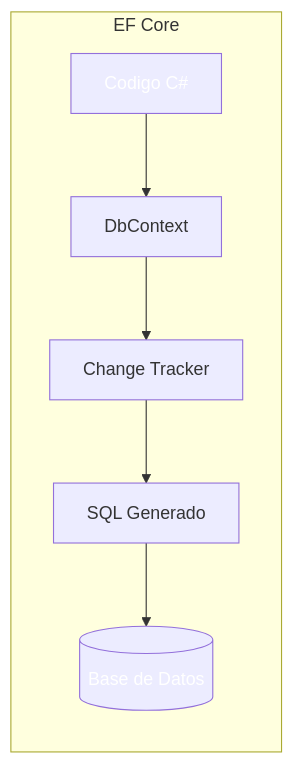
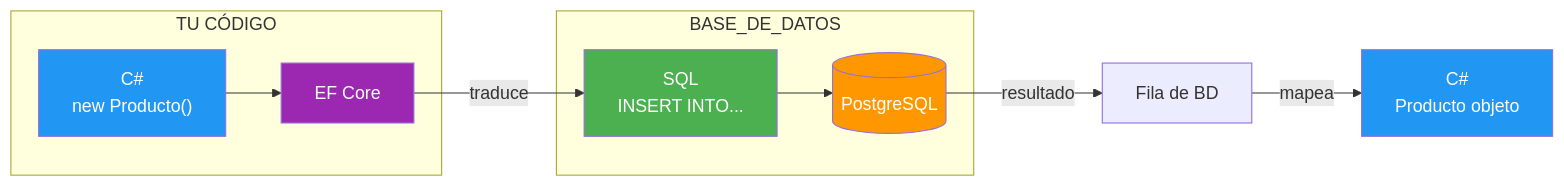
The first of 7 diagrams in 12-entity-framework-core.md (joseluisgs/DesarrolloWebEntornosServidor-02-2026-2027), drawn with Mermaid before and after one commit. The commit also changed other lines of this file, not shown here.

Commit message:
docs: reescribir tema 12 EF Core - TOC correcto, diagrama ORM, explicaciones en cada seccion, async, DA y Fluent separados

````diff
--- a/12-entity-framework-core.md
+++ b/12-entity-framework-core.md
@@ -124,12 +88,18 @@
 ```mermaid
 flowchart LR
-    subgraph ORM["EF Core"]
-        A[Codigo C#] --> B[DbContext]
-        B --> C[Change Tracker]
-        C --> D[SQL Generado]
-        D --> E[(Base de Datos)]
+    subgraph TU CÓDIGO
+        A["C#<br/>new Producto()"] --> B[EF Core]
     end
+    subgraph BASE_DE_DATOS
+        B -->|"traduce"| C["SQL<br/>INSERT INTO..."]
+        C --> D[(PostgreSQL)]
+    end
+    D -->|"resultado"| E["Fila de BD"]
+    E -->|"mapea"| F["C#<br/>Producto objeto"]
 
-    style A fill:#2196F,color:#fff3,color:#fff
-    style E fill:#4CAF5,color:#fff0,color:#fff
+    style A fill:#2196F3,color:#fff
+    style B fill:#9C27B0,color:#fff
+    style C fill:#4CAF50,color:#fff
+    style D fill:#FF9800,color:#fff
+    style F fill:#2196F3,color:#fff
 ```
````
